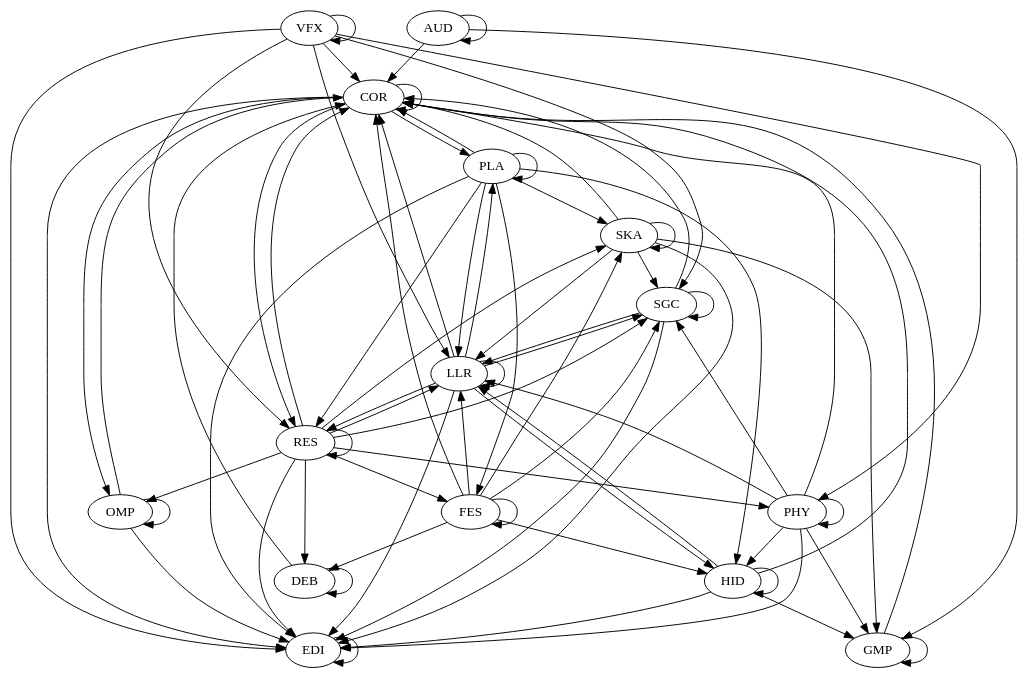
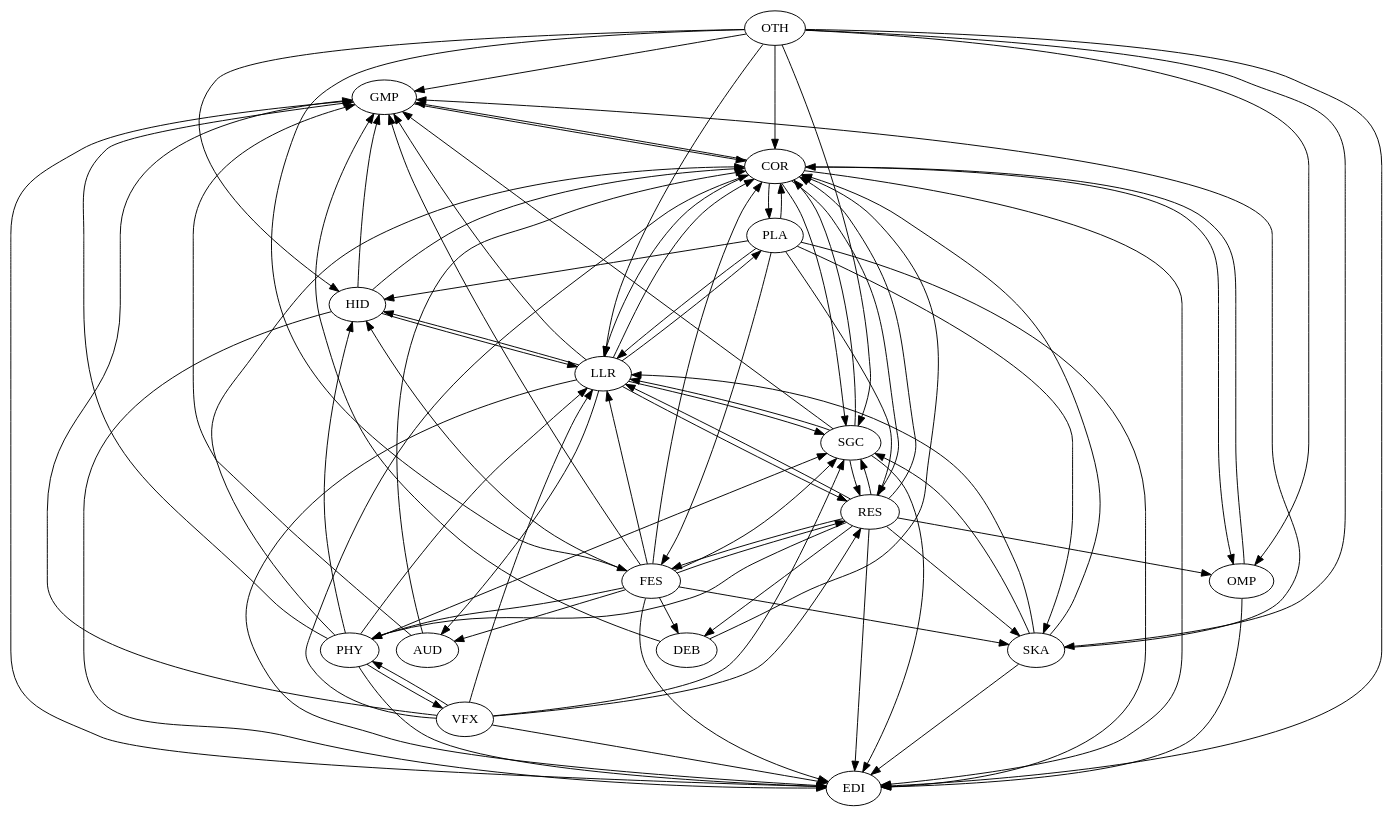
The diagram in 6_architectural_map_gen/outputs/panda3d.dot (gamedev-studies/game-engine-analyser), drawn with Graphviz before and after one commit. The commit also changed 11 other files, not shown here.

```diff
--- a/6_architectural_map_gen/outputs/panda3d.dot
+++ b/6_architectural_map_gen/outputs/panda3d.dot
@@ -1,79 +1,89 @@
 digraph "source tree" {
-	"AUD" -> "AUD"
-	"AUD" -> "COR"
-	"AUD" -> "GMP"
-	"COR" -> "COR"
-	"COR" -> "EDI"
-	"COR" -> "OMP"
-	"COR" -> "PLA"
-	"COR" -> "RES"
-	"DEB" -> "COR"
-	"DEB" -> "DEB"
-	"EDI" -> "EDI"
-	"FES" -> "COR"
-	"FES" -> "DEB"
-	"FES" -> "FES"
-	"FES" -> "HID"
-	"FES" -> "LLR"
-	"FES" -> "SGC"
-	"FES" -> "SKA"
-	"GMP" -> "COR"
-	"GMP" -> "GMP"
-	"HID" -> "COR"
-	"HID" -> "EDI"
-	"HID" -> "GMP"
-	"HID" -> "HID"
-	"HID" -> "LLR"
-	"LLR" -> "COR"
-	"LLR" -> "EDI"
-	"LLR" -> "HID"
-	"LLR" -> "LLR"
-	"LLR" -> "PLA"
-	"LLR" -> "RES"
-	"LLR" -> "SGC"
-	"OMP" -> "COR"
-	"OMP" -> "EDI"
-	"OMP" -> "OMP"
-	"PHY" -> "COR"
-	"PHY" -> "EDI"
-	"PHY" -> "GMP"
-	"PHY" -> "HID"
-	"PHY" -> "LLR"
-	"PHY" -> "PHY"
-	"PHY" -> "SGC"
-	"PLA" -> "COR"
-	"PLA" -> "EDI"
-	"PLA" -> "FES"
-	"PLA" -> "HID"
-	"PLA" -> "LLR"
-	"PLA" -> "PLA"
-	"PLA" -> "RES"
-	"PLA" -> "SKA"
-	"RES" -> "COR"
-	"RES" -> "DEB"
-	"RES" -> "EDI"
-	"RES" -> "FES"
-	"RES" -> "LLR"
-	"RES" -> "OMP"
-	"RES" -> "PHY"
-	"RES" -> "RES"
-	"RES" -> "SGC"
-	"RES" -> "SKA"
-	"SGC" -> "COR"
-	"SGC" -> "EDI"
-	"SGC" -> "LLR"
-	"SGC" -> "SGC"
-	"SKA" -> "COR"
-	"SKA" -> "EDI"
-	"SKA" -> "GMP"
-	"SKA" -> "LLR"
-	"SKA" -> "SGC"
-	"SKA" -> "SKA"
-	"VFX" -> "COR"
-	"VFX" -> "EDI"
-	"VFX" -> "LLR"
-	"VFX" -> "PHY"
-	"VFX" -> "RES"
-	"VFX" -> "SGC"
-	"VFX" -> "VFX"
+GMP->COR
+GMP->EDI
+RES->SGC
+RES->EDI
+RES->PHY
+RES->SKA
+RES->FES
+RES->OMP
+RES->LLR
+RES->DEB
+RES->COR
+LLR->EDI
+LLR->AUD
+LLR->PLA
+LLR->GMP
+LLR->HID
+LLR->SGC
+LLR->RES
+LLR->COR
+SGC->EDI
+SGC->RES
+SGC->GMP
+SGC->COR
+SGC->LLR
+FES->RES
+FES->PHY
+FES->LLR
+FES->DEB
+FES->COR
+FES->AUD
+FES->EDI
+FES->SKA
+FES->HID
+FES->GMP
+FES->SGC
+OMP->COR
+OMP->EDI
+COR->EDI
+COR->RES
+COR->SGC
+COR->PLA
+COR->GMP
+COR->OMP
+COR->LLR
+PHY->SGC
+PHY->HID
+PHY->EDI
+PHY->GMP
+PHY->VFX
+PHY->COR
+PHY->LLR
+HID->LLR
+HID->COR
+HID->GMP
+HID->EDI
+AUD->COR
+AUD->GMP
+SKA->SGC
+SKA->EDI
+SKA->GMP
+SKA->COR
+SKA->LLR
+PLA->EDI
+PLA->RES
+PLA->HID
+PLA->FES
+PLA->COR
+PLA->LLR
+PLA->SKA
+OTH->EDI
+OTH->SGC
+OTH->HID
+OTH->GMP
+OTH->FES
+OTH->OMP
+OTH->LLR
+OTH->SKA
+OTH->COR
+VFX->SGC
+VFX->RES
+VFX->EDI
+VFX->GMP
+VFX->COR
+VFX->LLR
+VFX->PHY
+DEB->COR
+DEB->GMP
 }
```
